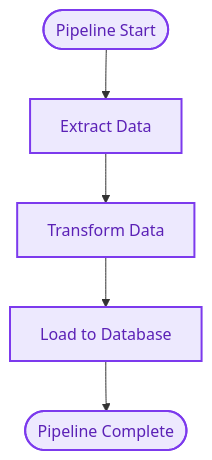
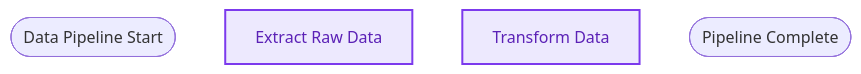
The sixth of 14 diagrams in README.md (pjt222/putior), drawn with Mermaid before and after one commit. The commit also changed other lines of this file and 3 other files, not shown here.

````diff
--- a/README.md
+++ b/README.md
@@ -295,16 +297,12 @@
 ```mermaid
 flowchart TD
-    start([Pipeline Start])
-    extract[Extract Data]
-    transform[Transform Data]  
-    load[Load to Database]
-    end_node([Pipeline Complete])
-    
-    start --> extract
-    extract --> transform
-    transform --> load
-    load --> end_node
-    
+    pipeline_start([Data Pipeline Start])
+    extract_data[Extract Raw Data]
+    transform_data[Transform Data]
+    pipeline_end([Pipeline Complete])
+
+    %% Styling
     classDef processStyle fill:#ede9fe,stroke:#7c3aed,stroke-width:2px,color:#5b21b6
-    class start,extract,transform,load,end_node processStyle
+    class extract_data processStyle
+    class transform_data processStyle
 ```
````
